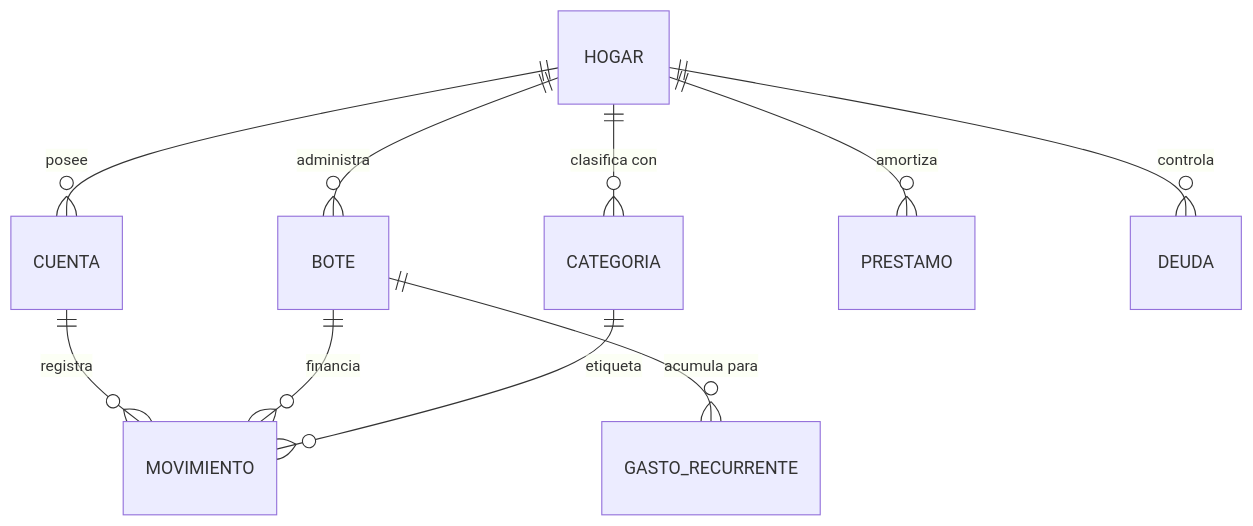
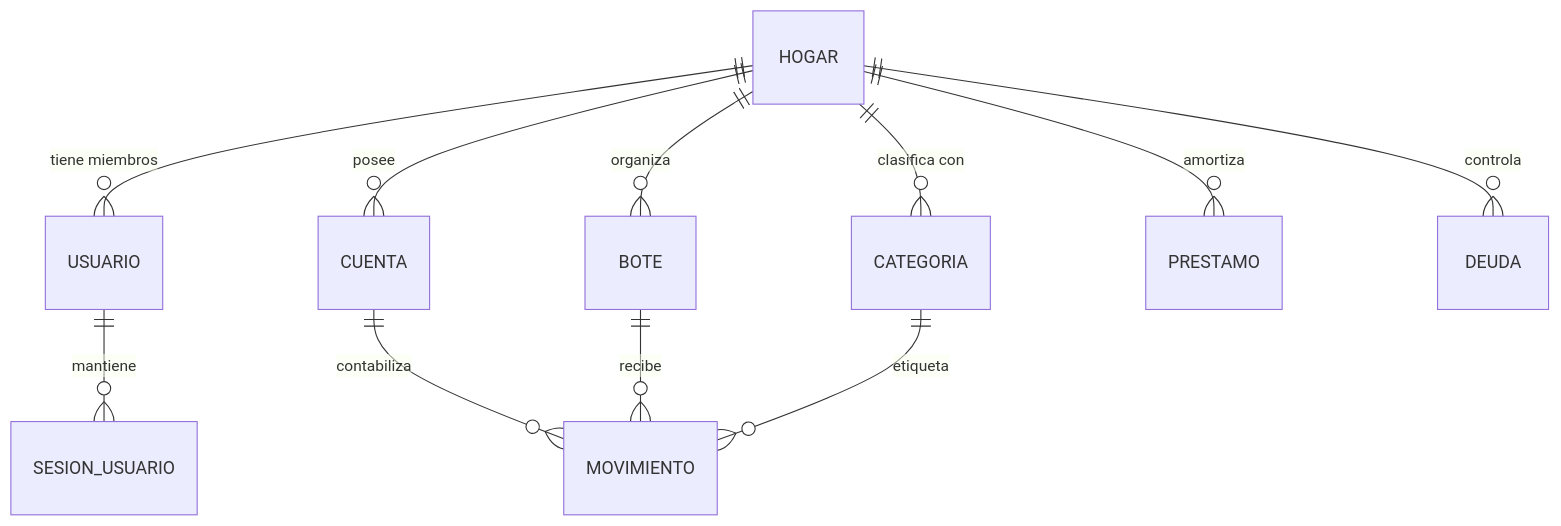
The second of 2 diagrams in docs/informe-tecnico-arquitectura.md (alzahira/flow_appConta), drawn with Mermaid before and after one commit. The commit also changed other lines of this file and 25 other files, not shown here.

````diff
--- a/docs/informe-tecnico-arquitectura.md
+++ b/docs/informe-tecnico-arquitectura.md
@@ -158,12 +110,13 @@
 ```mermaid
 erDiagram
+    HOGAR ||--o{ USUARIO : "tiene miembros"
     HOGAR ||--o{ CUENTA : "posee"
-    HOGAR ||--o{ BOTE : "administra"
+    HOGAR ||--o{ BOTE : "organiza"
     HOGAR ||--o{ CATEGORIA : "clasifica con"
     HOGAR ||--o{ PRESTAMO : "amortiza"
-    CUENTA ||--o{ MOVIMIENTO : "registra"
-    BOTE ||--o{ MOVIMIENTO : "financia"
+    HOGAR ||--o{ DEUDA : "controla"
+    USUARIO ||--o{ SESION_USUARIO : "mantiene"
+    CUENTA ||--o{ MOVIMIENTO : "contabiliza"
+    BOTE ||--o{ MOVIMIENTO : "recibe"
     CATEGORIA ||--o{ MOVIMIENTO : "etiqueta"
-    BOTE ||--o{ GASTO_RECURRENTE : "acumula para"
-    HOGAR ||--o{ DEUDA : "controla"
 ```
````
